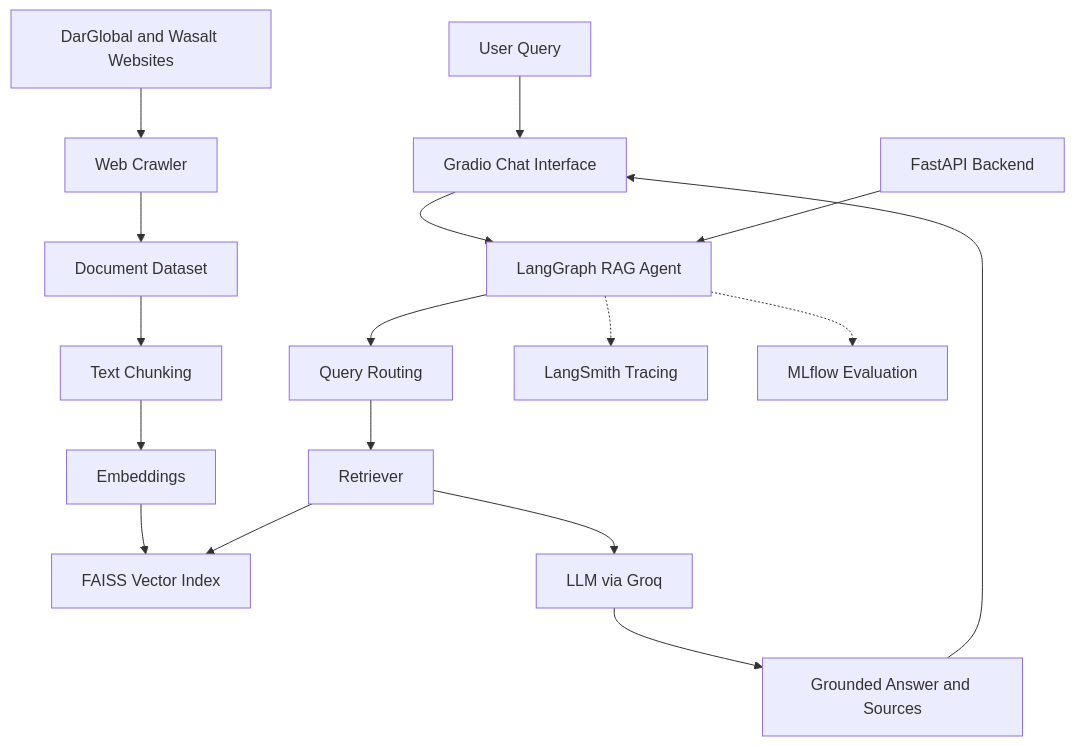
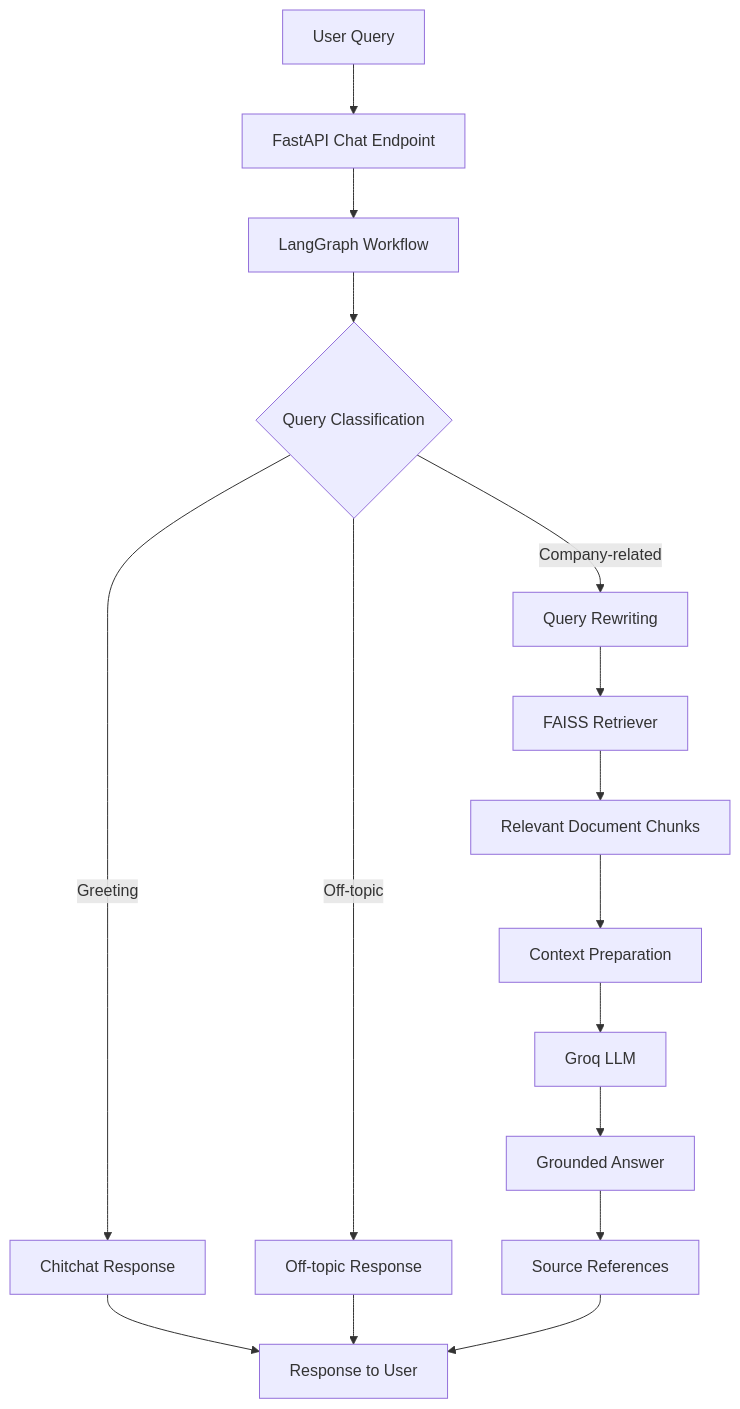
Before and after one commit to osamashabih6960/DarGlobal-Wasalt-AI-Powered-RAG-Chatbot: the third of 7 diagrams in README.md, drawn with Mermaid. The commit also changed other lines of this file, not shown here.

````diff
--- a/README.md
+++ b/README.md
@@ -43,21 +195,21 @@
 ```mermaid
 flowchart TD
-    A[DarGlobal and Wasalt Websites] --> B[Web Crawler]
-    B --> C[Document Dataset]
-    C --> D[Text Chunking]
-    D --> E[Embeddings]
-    E --> F[FAISS Vector Index]
+    A["User Query"] --> B["FastAPI Chat Endpoint"]
+    B --> C["LangGraph Workflow"]
+    C --> D{"Query Classification"}
 
-    H[User Query] --> G[Gradio Chat Interface]
-    G --> I[LangGraph RAG Agent]
-    I --> J[Query Routing]
-    J --> K[Retriever]
-    K --> F
-    K --> L[LLM via Groq]
-    L --> M[Grounded Answer and Sources]
-    M --> G
+    D -->|"Greeting"| E["Chitchat Response"]
+    D -->|"Off-topic"| F["Off-topic Response"]
+    D -->|"Company-related"| G["Query Rewriting"]
 
-    I -.-> N[LangSmith Tracing]
-    I -.-> O[MLflow Evaluation]
-    P[FastAPI Backend] --> I
+    G --> H["FAISS Retriever"]
+    H --> I["Relevant Document Chunks"]
+    I --> J["Context Preparation"]
+    J --> K["Groq LLM"]
+    K --> L["Grounded Answer"]
+    L --> M["Source References"]
+
+    E --> N["Response to User"]
+    F --> N
+    M --> N
 ```
````
